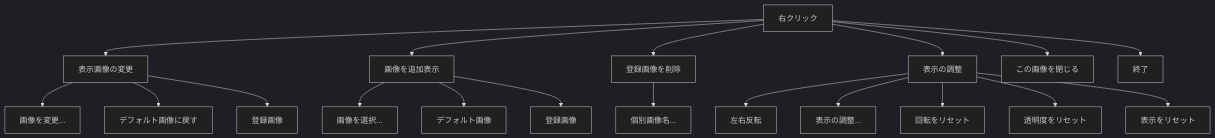
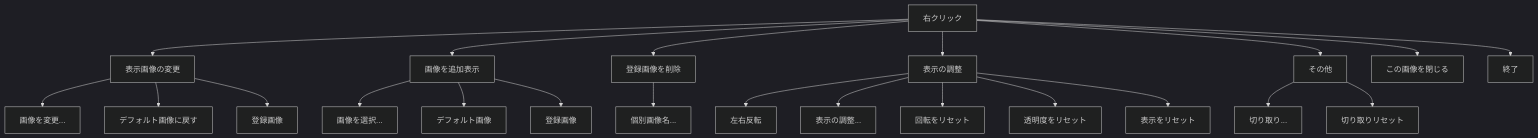
The third of 4 diagrams in docs/guide/usage.md (shiroemons/sobani), drawn with Mermaid (dark theme) before and after one commit. The commit also changed other lines of this file and 3 other files, not shown here.

````diff
--- a/docs/guide/usage.md
+++ b/docs/guide/usage.md
@@ -92,25 +92,29 @@
 ```mermaid
 flowchart TD
     RC[右クリック] --> CHANGE[表示画像の変更]
     CHANGE --> CHANGE_FILE[画像を変更...]
     CHANGE --> CHANGE_DEFAULT["デフォルト画像に戻す"]
     CHANGE --> CHANGE_REG["登録画像"]
 
     RC --> ADD[画像を追加表示]
     ADD --> ADD_FILE["画像を選択..."]
     ADD --> ADD_DEFAULT["デフォルト画像"]
     ADD --> ADD_REG["登録画像"]
 
     RC --> DELETE[登録画像を削除]
     DELETE --> DELETE_REG["個別画像名..."]
 
     RC --> VIEW[表示の調整]
     VIEW --> FLIP[左右反転]
     VIEW --> PANEL["表示の調整..."]
     VIEW --> RESET_ROT[回転をリセット]
     VIEW --> RESET_OPA[透明度をリセット]
     VIEW --> RESET_ALL[表示をリセット]
 
+    RC --> OTHER[その他]
+    OTHER --> CROP["切り取り..."]
+    OTHER --> CROP_RESET["切り取りリセット"]
+
     RC --> CLOSE[この画像を閉じる]
     RC --> QUIT[終了]
 ```
````
